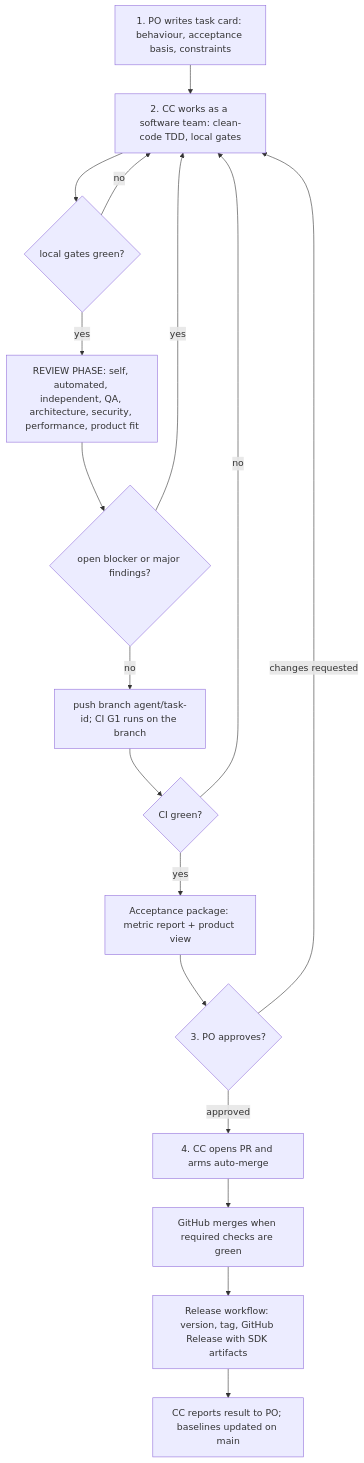
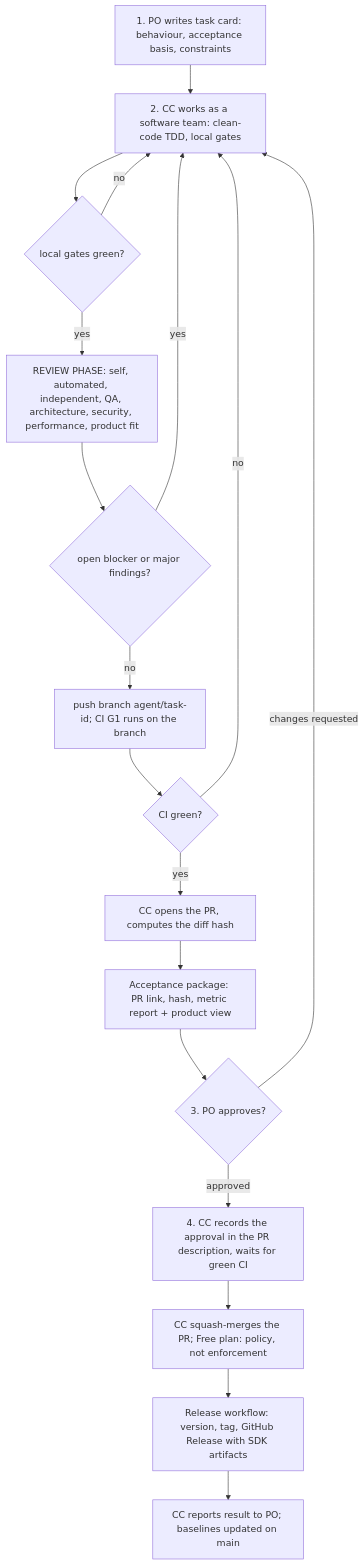
The diagram in wiki/workflow/delivery-pipeline.md (giamat90/DuckEngine), drawn with Mermaid before and after one commit. The commit also changed other lines of this file and 3 other files, not shown here.

````diff
--- a/wiki/workflow/delivery-pipeline.md
+++ b/wiki/workflow/delivery-pipeline.md
@@ -16,19 +18,20 @@
 ```mermaid
 flowchart TD
   T[1. PO writes task card: behaviour, acceptance basis, constraints] --> W[2. CC works as a software team: clean-code TDD, local gates]
   W --> L{local gates green?}
   L -- no --> W
   L -- yes --> RV[REVIEW PHASE: self, automated, independent, QA, architecture, security, performance, product fit]
   RV --> F{open blocker or major findings?}
   F -- yes --> W
   F -- no --> B[push branch agent/task-id; CI G1 runs on the branch]
   B --> C{CI green?}
   C -- no --> W
-  C -- yes --> R[Acceptance package: metric report + product view]
+  C -- yes --> O[CC opens the PR, computes the diff hash]
+  O --> R[Acceptance package: PR link, hash, metric report + product view]
   R --> A{3. PO approves?}
   A -- changes requested --> W
-  A -- approved --> P[4. CC opens PR and arms auto-merge]
-  P --> G[GitHub merges when required checks are green]
+  A -- approved --> P[4. CC records the approval in the PR description, waits for green CI]
+  P --> G[CC squash-merges the PR; Free plan: policy, not enforcement]
   G --> V[Release workflow: version, tag, GitHub Release with SDK artifacts]
   V --> N[CC reports result to PO; baselines updated on main]
 ```
````
